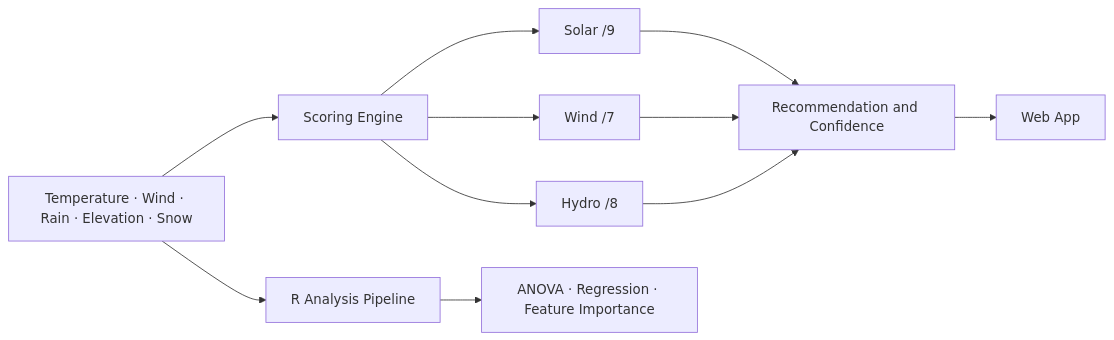
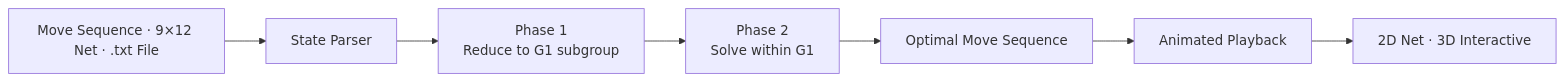
One commit to Sahibjeetpalsingh/Weather-Classification changed the diagram in README.md. Above: the diagram before and after it, drawn with Mermaid. The commit also changed other lines of this file, not shown here.

````diff
--- a/README.md
+++ b/README.md
@@ -85,12 +76,10 @@
 ```mermaid
 flowchart LR
-    Inputs["Temperature · Wind · Rain · Elevation · Snow"]
-    Inputs --> Engine["Scoring Engine"]
-    Engine --> Solar["Solar  /9"]
-    Engine --> Wind["Wind   /7"]
-    Engine --> Hydro["Hydro  /8"]
-    Solar & Wind & Hydro --> Result["Recommendation and Confidence"]
-    Result --> App["Web App"]
-    Inputs --> Analysis["R Analysis Pipeline"]
-    Analysis --> Stats["ANOVA · Regression · Feature Importance"]
+    Input["Move Sequence · 9×12 Net · .txt File"]
+    Input --> Parse["State Parser"]
+    Parse --> PhaseOne["Phase 1\nReduce to G1 subgroup"]
+    PhaseOne --> PhaseTwo["Phase 2\nSolve within G1"]
+    PhaseTwo --> Solution["Optimal Move Sequence"]
+    Solution --> Animate["Animated Playback"]
+    Animate --> Views["2D Net · 3D Interactive"]
 ```
````
